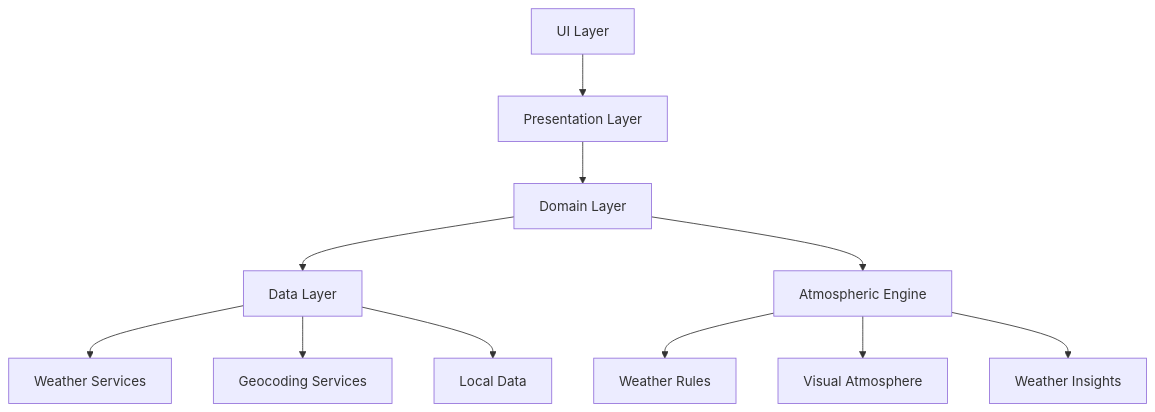
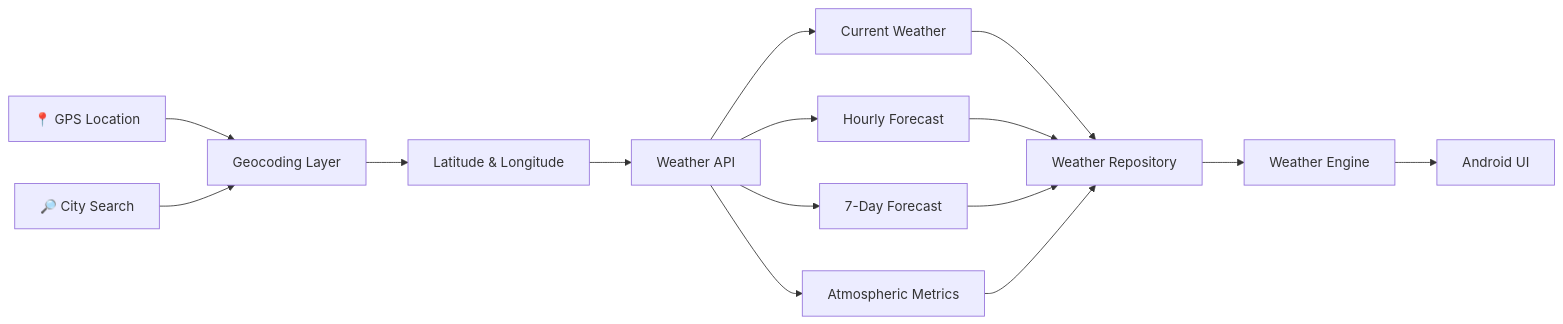
Before and after one commit to sovanshit/Weather-OS: the third of 3 diagrams in README.md, drawn with Mermaid. The commit also changed other lines of this file, not shown here.

````diff
--- a/README.md
+++ b/README.md
@@ -594,25 +588,35 @@
 ```mermaid
-graph TD
+flowchart LR
 
-A[UI Layer]
+A[📍 GPS Location]
 
-A --> B[Presentation Layer]
+B[🔎 City Search]
 
-B --> C[Domain Layer]
+A --> C[Geocoding Layer]
 
-C --> D[Data Layer]
+B --> C
 
-C --> E[Atmospheric Engine]
+C --> D[Latitude & Longitude]
 
-D --> F[Weather Services]
+D --> E[Weather API]
 
-D --> G[Geocoding Services]
+E --> F[Current Weather]
 
-D --> H[Local Data]
+E --> G[Hourly Forecast]
 
-E --> I[Weather Rules]
+E --> H[7-Day Forecast]
 
-E --> J[Visual Atmosphere]
+E --> I[Atmospheric Metrics]
 
-E --> K[Weather Insights]
+F --> J[Weather Repository]
+
+G --> J
+
+H --> J
+
+I --> J
+
+J --> K[Weather Engine]
+
+K --> L[Android UI]
 ```
````
